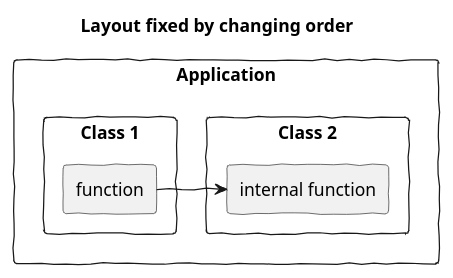
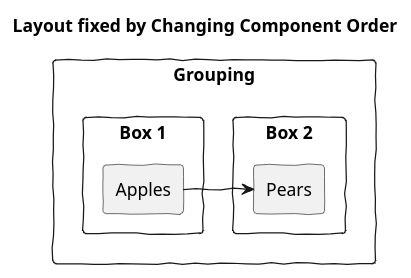
One commit to mattjhayes/PlantUML-Examples changed the second of 2 diagrams in Layout-Techniques/other_layout_tricks.md. Above: the diagram before and after it, drawn with PlantUML. The commit also changed other lines of this file and 2 other files, not shown here.

Commit message:
Genericised and simplified diagram examples

````diff
--- a/Layout-Techniques/other_layout_tricks.md
+++ b/Layout-Techniques/other_layout_tricks.md
@@ -37,21 +37,21 @@
 ```plantuml
 @startuml
 
 skinparam monochrome true
 skinparam handwritten true
 
-title Layout fixed by changing order
+title Layout fixed by Changing Component Order
 
-rectangle "Application" {
-    rectangle "Class 2" {
-        rectangle "internal function" as fx1
+rectangle "Grouping" {
+    rectangle "Box 2" {
+        rectangle "Pears"
     }
-    rectangle "Class 1" {
-        rectangle "function" as fx2
+    rectangle "Box 1" {
+        rectangle "Apples"
     }
 }
 
-fx1 <-left- fx2
+Apples -right-> Pears
 
 @enduml
 ```
````
